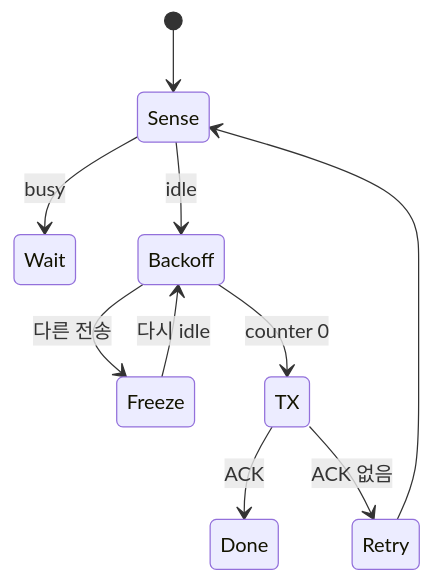
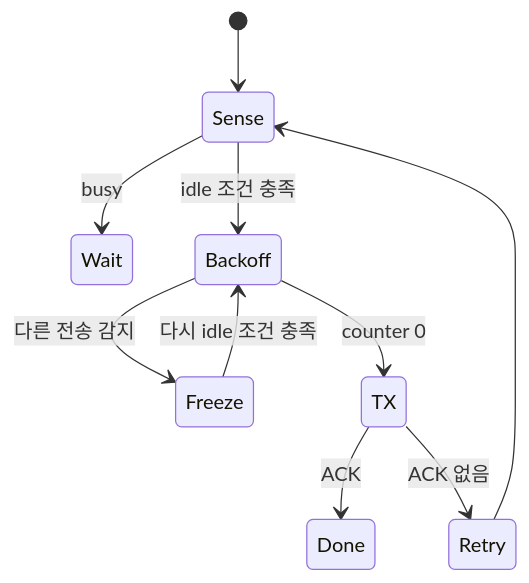
The first of 2 diagrams in learning/wireless-communications/08-wifi-and-medium-access.md (mj006648/netai-devsecops-runbook), drawn with Mermaid before and after one commit. The commit also changed other lines of this file and 24 other files, not shown here.

````diff
--- a/learning/wireless-communications/08-wifi-and-medium-access.md
+++ b/learning/wireless-communications/08-wifi-and-medium-access.md
@@ -71,12 +25,12 @@
 ```mermaid
 stateDiagram-v2
     [*] --> Sense
     Sense --> Wait: busy
-    Sense --> Backoff: idle
-    Backoff --> Freeze: 다른 전송
-    Freeze --> Backoff: 다시 idle
+    Sense --> Backoff: idle 조건 충족
+    Backoff --> Freeze: 다른 전송 감지
+    Freeze --> Backoff: 다시 idle 조건 충족
     Backoff --> TX: counter 0
     TX --> Done: ACK
     TX --> Retry: ACK 없음
     Retry --> Sense
 ```
````
